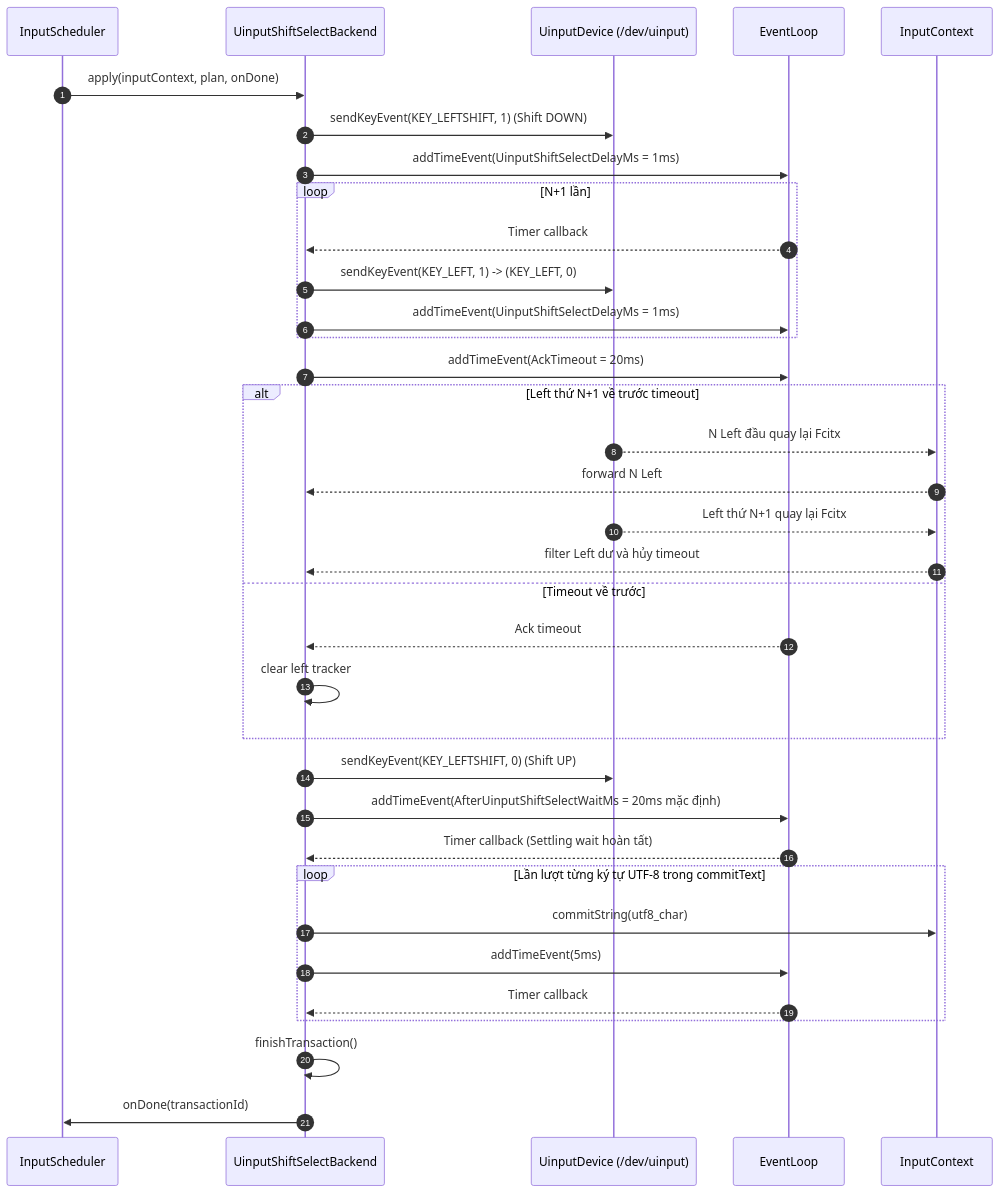
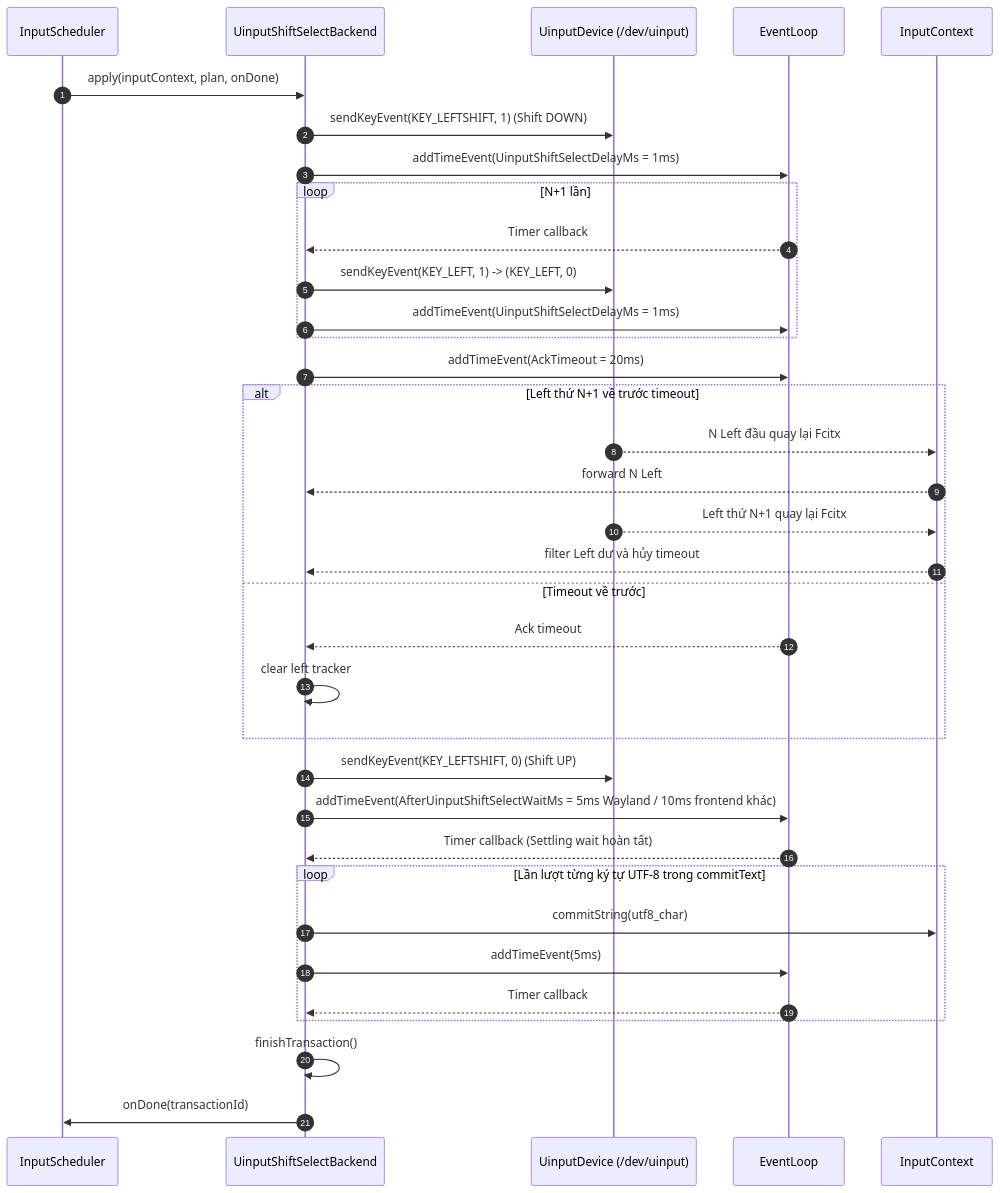
Before and after one commit to xhkzeroone/ArecaIME: the fourth of 7 diagrams in docs/ARECA_ARCHITECTURE_SPECIFICATION.md, drawn with Mermaid. The commit also changed other lines of this file and 7 other files, not shown here.

Commit message:
timing: reduce shift select settling waits

````diff
--- a/docs/ARECA_ARCHITECTURE_SPECIFICATION.md
+++ b/docs/ARECA_ARCHITECTURE_SPECIFICATION.md
@@ -205,43 +205,43 @@
 ```mermaid
 sequenceDiagram
     autonumber
     participant S as InputScheduler
     participant B as UinputShiftSelectBackend
     participant DEV as UinputDevice (/dev/uinput)
     participant EL as EventLoop
     participant IC as InputContext
 
     S->>B: apply(inputContext, plan, onDone)
     B->>DEV: sendKeyEvent(KEY_LEFTSHIFT, 1) (Shift DOWN)
     B->>EL: addTimeEvent(UinputShiftSelectDelayMs = 1ms)
     
     loop N+1 lần
         EL-->>B: Timer callback
         B->>DEV: sendKeyEvent(KEY_LEFT, 1) -> (KEY_LEFT, 0)
         B->>EL: addTimeEvent(UinputShiftSelectDelayMs = 1ms)
     end
 
     B->>EL: addTimeEvent(AckTimeout = 20ms)
     alt Left thứ N+1 về trước timeout
         DEV-->>IC: N Left đầu quay lại Fcitx
         IC-->>B: forward N Left
         DEV-->>IC: Left thứ N+1 quay lại Fcitx
         IC-->>B: filter Left dư và hủy timeout
     else Timeout về trước
         EL-->>B: Ack timeout
         B->>B: clear left tracker
     end
     B->>DEV: sendKeyEvent(KEY_LEFTSHIFT, 0) (Shift UP)
-    B->>EL: addTimeEvent(AfterUinputShiftSelectWaitMs = 20ms mặc định)
+    B->>EL: addTimeEvent(AfterUinputShiftSelectWaitMs = 5ms Wayland / 10ms frontend khác)
     
     EL-->>B: Timer callback (Settling wait hoàn tất)
     
     loop Lần lượt từng ký tự UTF-8 trong commitText
         B->>IC: commitString(utf8_char)
         B->>EL: addTimeEvent(5ms)
         EL-->>B: Timer callback
     end
     
     B->>B: finishTransaction()
     B->>S: onDone(transactionId)
 ```
````
